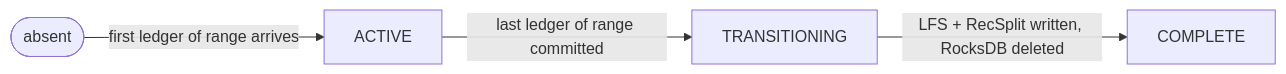
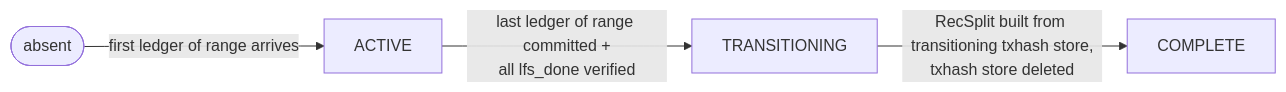
One commit to karthikiyer56/stellar-full-history-ingestion changed the second of 2 diagrams in design-docs-v2/02-meta-store-design.md. Above: the diagram before and after it, drawn with Mermaid. The commit also changed other lines of this file and 14 other files, not shown here.

First line of the commit message:
docs: fix streaming model — independent sub-flow transitions at chunk/range cadence

````diff
--- a/design-docs-v2/02-meta-store-design.md
+++ b/design-docs-v2/02-meta-store-design.md
@@ -299,6 +299,6 @@
 ```mermaid
 flowchart LR
     A([absent]) -->|"first ledger of range arrives"| B[ACTIVE]
-    B -->|"last ledger of range committed"| C[TRANSITIONING]
-    C -->|"LFS + RecSplit written, RocksDB deleted"| D[COMPLETE]
+    B -->|"last ledger of range committed +<br/>all lfs_done verified"| C[TRANSITIONING]
+    C -->|"RecSplit built from transitioning txhash store,<br/>txhash store deleted"| D[COMPLETE]
 ```
````
